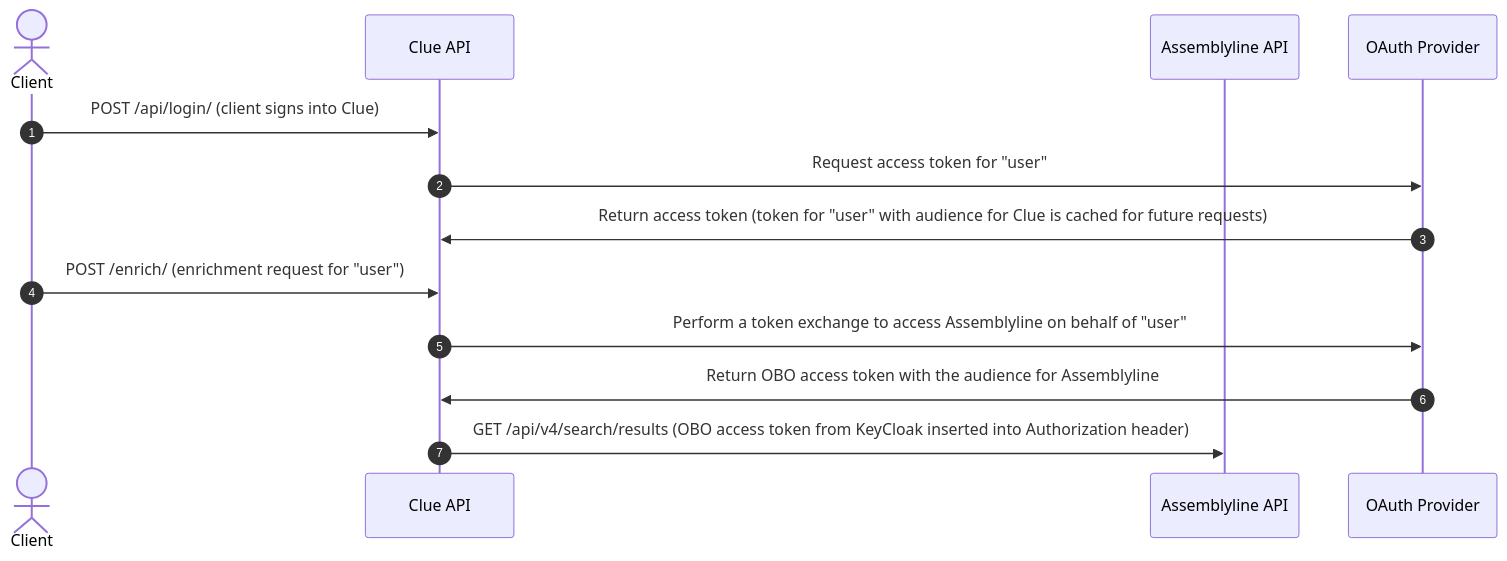
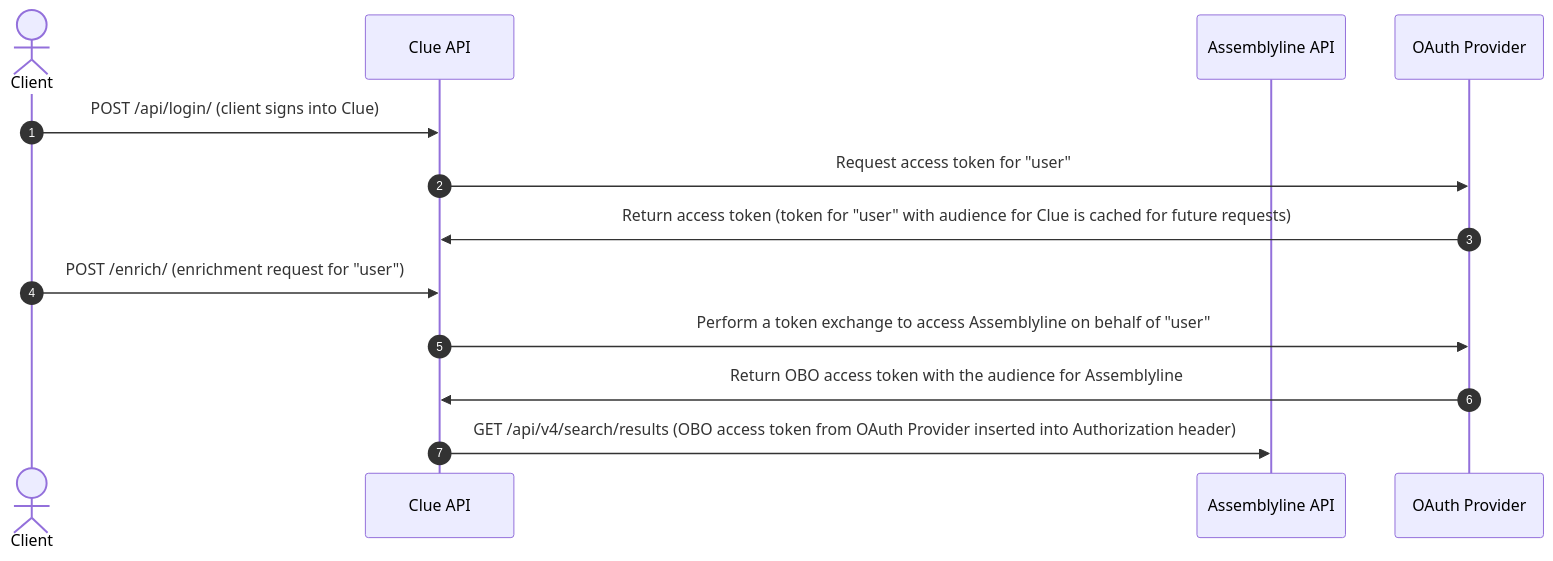
Before and after one commit to CybercentreCanada/assemblyline4_docs: the second of 2 diagrams in docs/integration/authentication.md, drawn with Mermaid. The commit also changed other lines of this file, not shown here.

Commit message:
Update language to generalize OAuth provider in diagrams

````diff
--- a/docs/integration/authentication.md
+++ b/docs/integration/authentication.md
@@ -29,17 +29,17 @@
 ``` mermaid
 sequenceDiagram
   autonumber
   actor Client
   participant Clue as Clue API
   participant Assemblyline as Assemblyline API
-  participant KeyCloak as OAuth Provider
+  participant OAuth Provider
 
   Client->>Clue: POST /api/login/ (client signs into Clue)
-  Clue->>KeyCloak: Request access token for "user"
-  KeyCloak->>Clue: Return access token (token for "user" with audience for Clue is cached for future requests)
+  Clue->>OAuth Provider: Request access token for "user"
+  OAuth Provider->>Clue: Return access token (token for "user" with audience for Clue is cached for future requests)
 
   Client->>Clue: POST /enrich/ (enrichment request for "user")
-  Clue->>KeyCloak: Perform a token exchange to access Assemblyline on behalf of "user"
-  KeyCloak->>Clue: Return OBO access token with the audience for Assemblyline
-  Clue->>Assemblyline: GET /api/v4/search/results (OBO access token from KeyCloak inserted into Authorization header)
+  Clue->>OAuth Provider: Perform a token exchange to access Assemblyline on behalf of "user"
+  OAuth Provider->>Clue: Return OBO access token with the audience for Assemblyline
+  Clue->>Assemblyline: GET /api/v4/search/results (OBO access token from OAuth Provider inserted into Authorization header)
 ```
````
